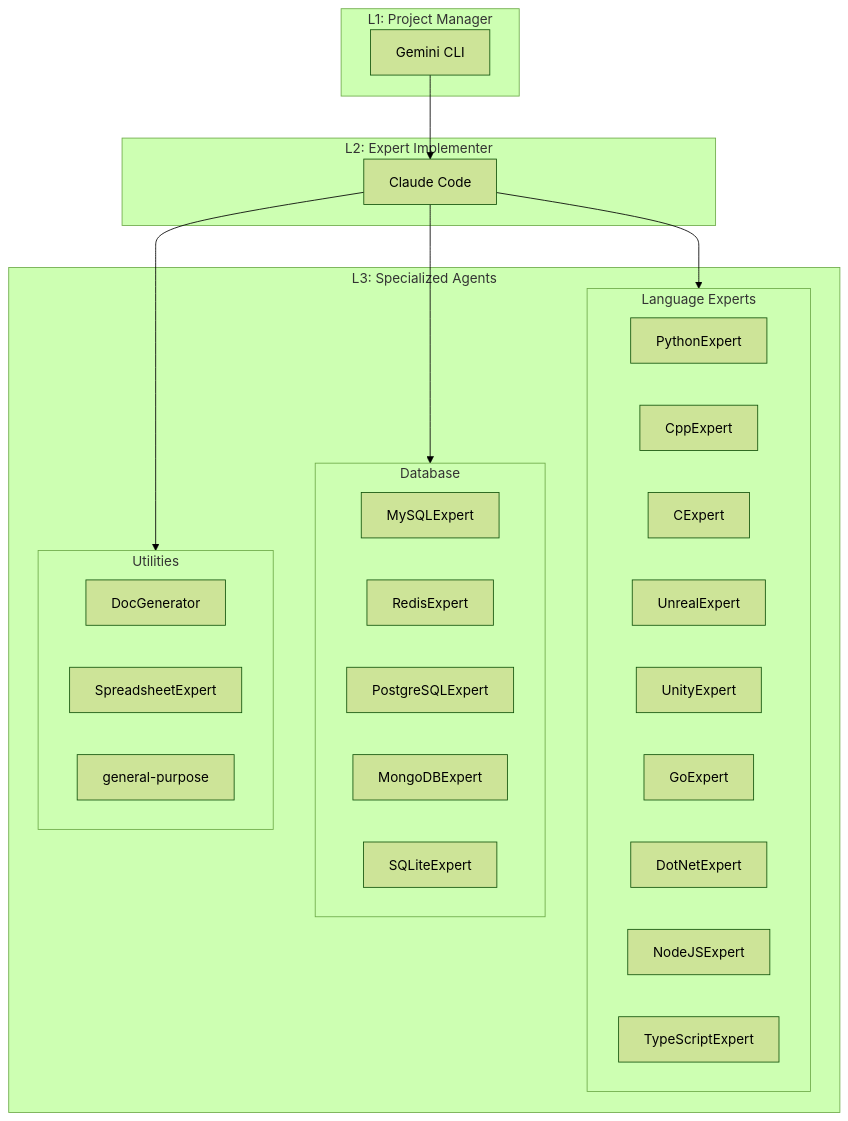
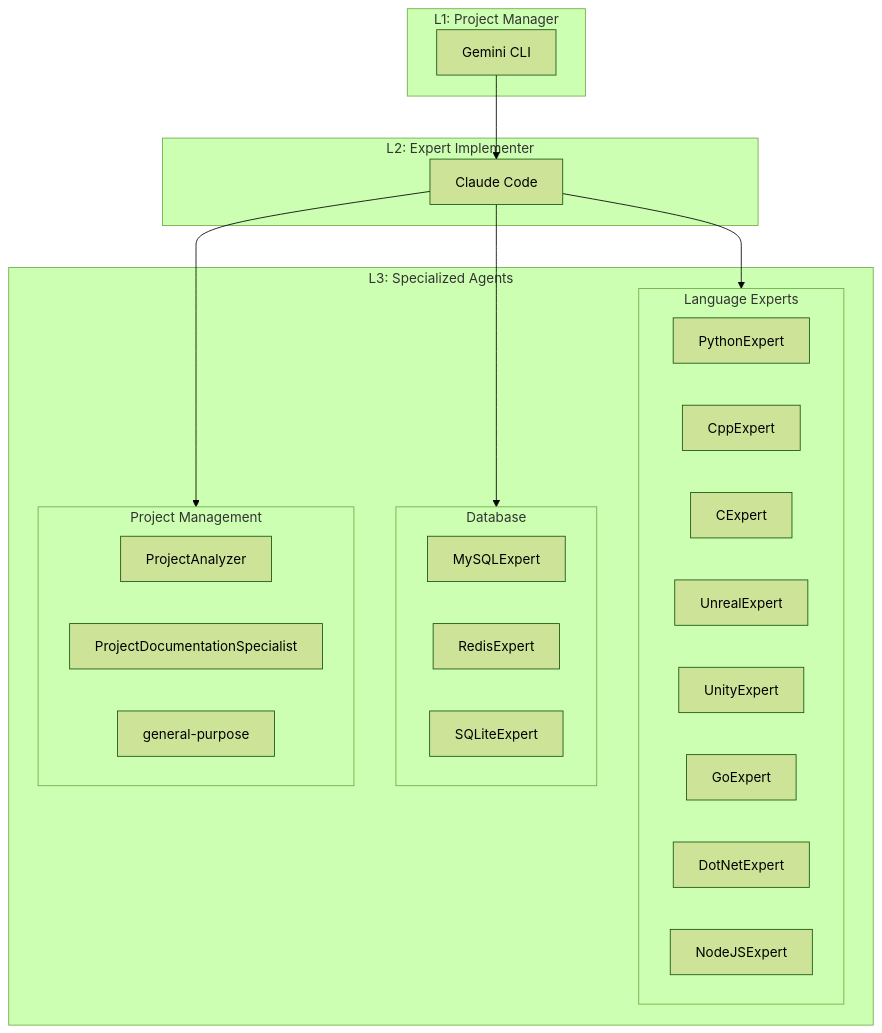
The third of 3 diagrams in README-en.md (BestDev/claude-gemini-collaboration), drawn with Mermaid (forest theme) before and after one commit. The commit also changed other lines of this file and 25 other files, not shown here.

````diff
--- a/README-en.md
+++ b/README-en.md
@@ -163,43 +163,40 @@
 ```mermaid
 graph TB
     subgraph L1 ["L1: Project Manager"]
         GM[Gemini CLI]
     end
     
     subgraph L2 ["L2: Expert Implementer"]
         CL[Claude Code]
     end
     
     subgraph L3 ["L3: Specialized Agents"]
         subgraph Lang ["Language Experts"]
             PY[PythonExpert]
             CPP[CppExpert]
             C[CExpert]
             UE[UnrealExpert]
             UN[UnityExpert]
             GO[GoExpert]
             DOT[DotNetExpert]
             NODE[NodeJSExpert]
-            TS[TypeScriptExpert]
         end
         
         subgraph DB ["Database"]
             MY[MySQLExpert]
             RD[RedisExpert]
-            PG[PostgreSQLExpert]
-            MG[MongoDBExpert]
             SQ[SQLiteExpert]
         end
         
-        subgraph Utils ["Utilities"]
-            DOC[DocGenerator]
-            SP[SpreadsheetExpert]
+        subgraph Project ["Project Management"]
+            PA[ProjectAnalyzer]
+            PDS[ProjectDocumentationSpecialist]
             GP[general-purpose]
         end
     end
     
     GM --> CL
     CL --> Lang
     CL --> DB
-    CL --> Utils
+    CL --> Project
 ```
````
